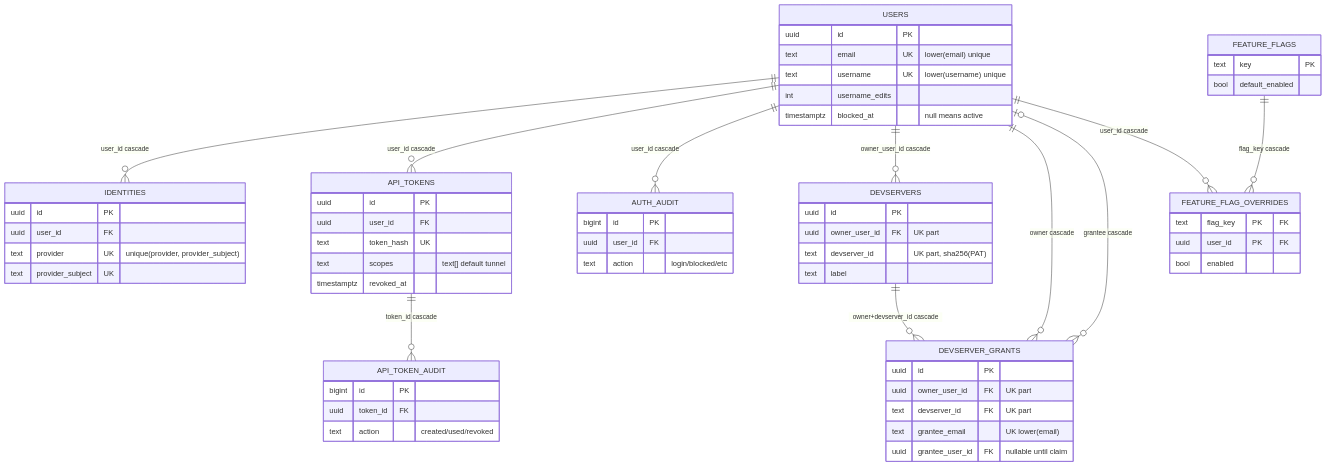
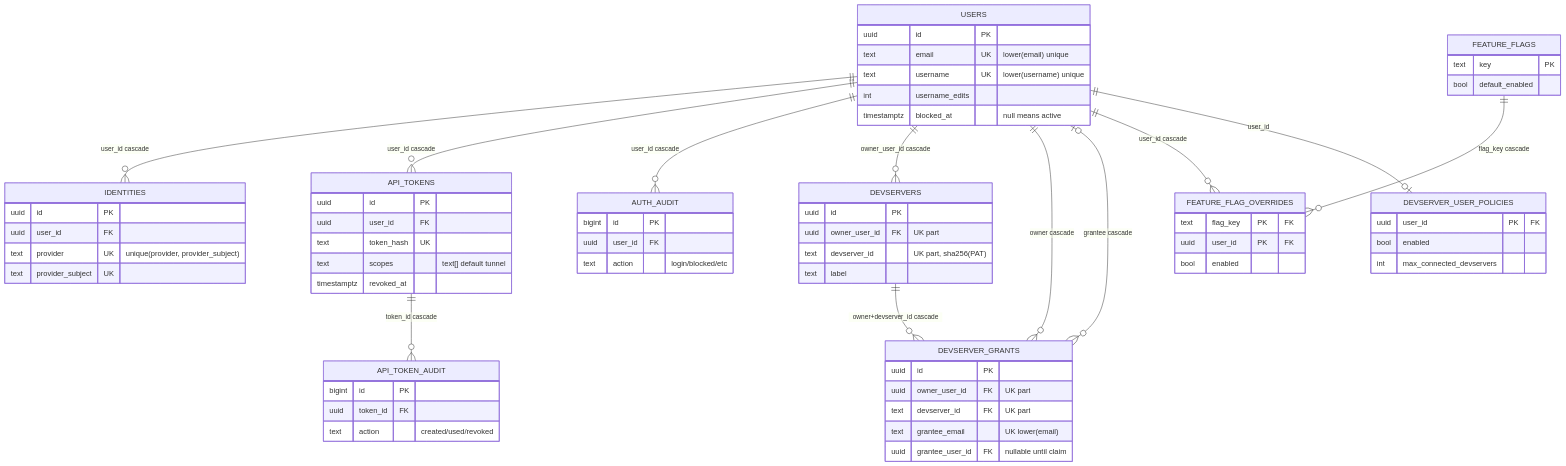
One commit to fiorix/chan changed the diagram in gateway/crates/profile/design.md. Above: the diagram before and after it, drawn with Mermaid. The commit also changed other lines of this file and 19 other files, not shown here.

````diff
--- a/gateway/crates/profile/design.md
+++ b/gateway/crates/profile/design.md
@@ -26,65 +27,71 @@
 ```mermaid
 erDiagram
     USERS {
         uuid id PK
         text email UK "lower(email) unique"
         text username UK "lower(username) unique"
         int username_edits
         timestamptz blocked_at "null means active"
     }
     IDENTITIES {
         uuid id PK
         uuid user_id FK
         text provider UK "unique(provider, provider_subject)"
         text provider_subject UK
     }
     API_TOKENS {
         uuid id PK
         uuid user_id FK
         text token_hash UK
         text scopes "text[] default tunnel"
         timestamptz revoked_at
     }
     API_TOKEN_AUDIT {
         bigint id PK
         uuid token_id FK
         text action "created/used/revoked"
     }
     AUTH_AUDIT {
         bigint id PK
         uuid user_id FK
         text action "login/blocked/etc"
     }
     DEVSERVERS {
         uuid id PK
         uuid owner_user_id FK "UK part"
         text devserver_id "UK part, sha256(PAT)"
         text label
     }
     DEVSERVER_GRANTS {
         uuid id PK
         uuid owner_user_id FK "UK part"
         text devserver_id FK "UK part"
         text grantee_email "UK lower(email)"
         uuid grantee_user_id FK "nullable until claim"
     }
     FEATURE_FLAGS {
         text key PK
         bool default_enabled
     }
     FEATURE_FLAG_OVERRIDES {
         text flag_key PK "FK"
         uuid user_id PK "FK"
         bool enabled
     }
+    DEVSERVER_USER_POLICIES {
+        uuid user_id PK "FK"
+        bool enabled
+        int max_connected_devservers
+    }
     USERS ||--o{ IDENTITIES : "user_id cascade"
     USERS ||--o{ API_TOKENS : "user_id cascade"
     USERS ||--o{ AUTH_AUDIT : "user_id cascade"
     USERS ||--o{ DEVSERVERS : "owner_user_id cascade"
     USERS ||--o{ DEVSERVER_GRANTS : "owner cascade"
     USERS |o--o{ DEVSERVER_GRANTS : "grantee cascade"
     USERS ||--o{ FEATURE_FLAG_OVERRIDES : "user_id cascade"
+    USERS ||--o| DEVSERVER_USER_POLICIES : "user_id"
     API_TOKENS ||--o{ API_TOKEN_AUDIT : "token_id cascade"
     DEVSERVERS ||--o{ DEVSERVER_GRANTS : "owner+devserver_id cascade"
     FEATURE_FLAGS ||--o{ FEATURE_FLAG_OVERRIDES : "flag_key cascade"
 ```
````
